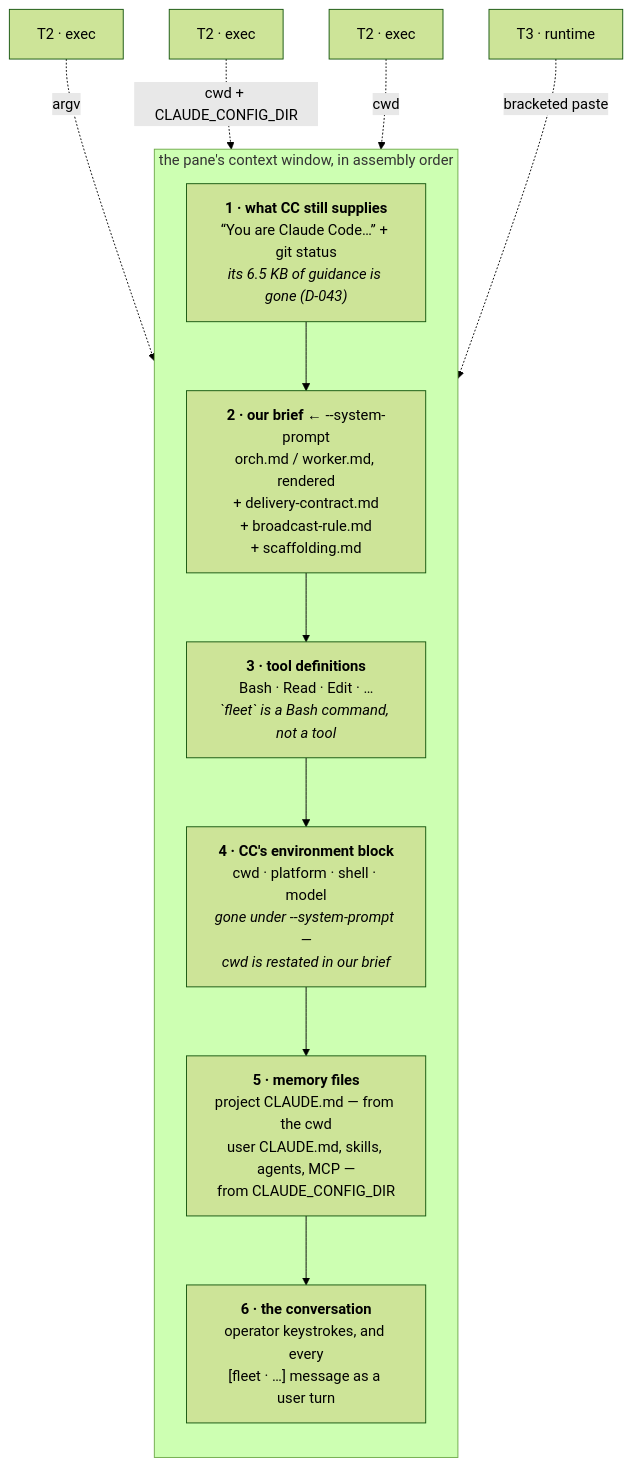
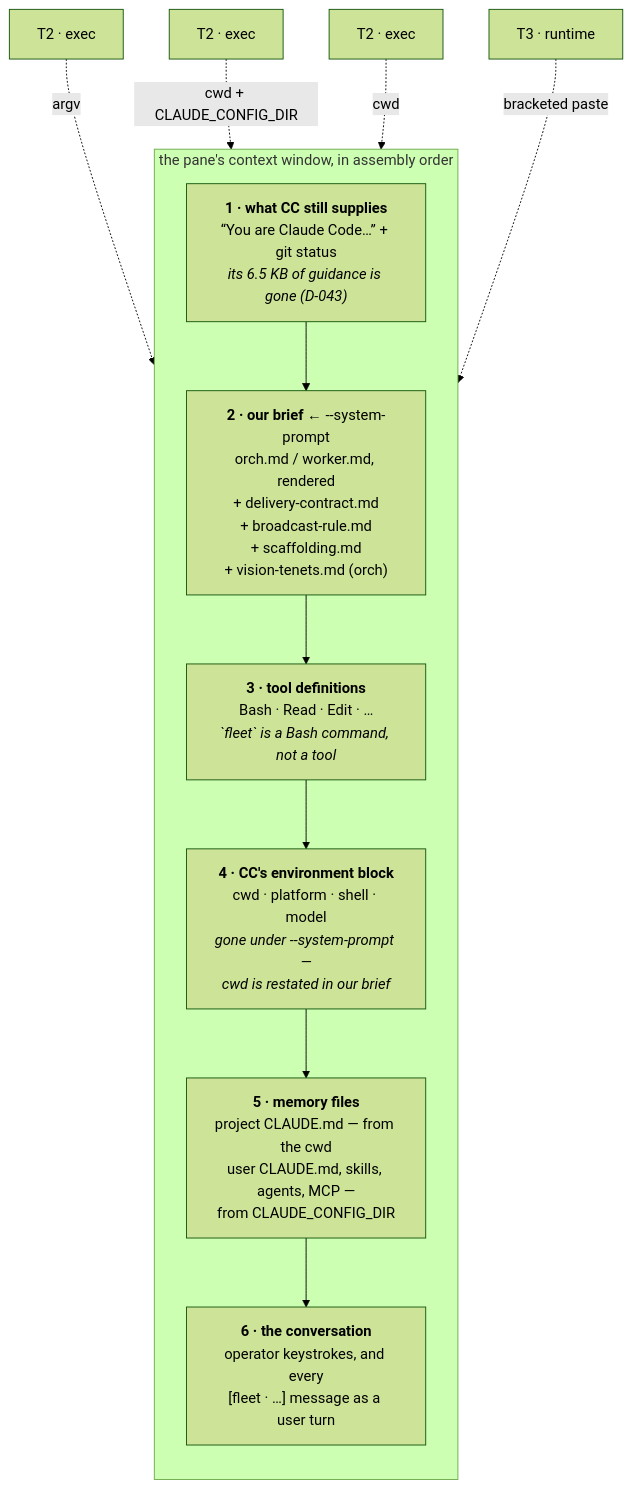
Before and after one commit to rubikron/fleetor: the second of 3 diagrams in docs/context-injection-flow.md, drawn with Mermaid (forest theme). The commit also changed other lines of this file and 9 other files, not shown here.

First line of the commit message:
feat(prompts): orch opens as a vision partner, workers get a culture

````diff
--- a/docs/context-injection-flow.md
+++ b/docs/context-injection-flow.md
@@ -58,17 +58,17 @@
 ```mermaid
 graph TB
     subgraph win["the pane's context window, in assembly order"]
         direction TB
         S1["<b>1 · what CC still supplies</b><br/>“You are Claude Code…” + git status<br/><i>its 6.5 KB of guidance is gone (D-043)</i>"]
-        S2["<b>2 · our brief</b> ← --system-prompt<br/>orch.md / worker.md, rendered<br/>+ delivery-contract.md<br/>+ broadcast-rule.md<br/>+ scaffolding.md"]
+        S2["<b>2 · our brief</b> ← --system-prompt<br/>orch.md / worker.md, rendered<br/>+ delivery-contract.md<br/>+ broadcast-rule.md<br/>+ scaffolding.md<br/>+ vision-tenets.md (orch)"]
         S3["<b>3 · tool definitions</b><br/>Bash · Read · Edit · …<br/><i>`fleet` is a Bash command, not a tool</i>"]
         S4["<b>4 · CC's environment block</b><br/>cwd · platform · shell · model<br/><i>gone under --system-prompt —<br/>cwd is restated in our brief</i>"]
         S5["<b>5 · memory files</b><br/>project CLAUDE.md — from the cwd<br/>user CLAUDE.md, skills, agents, MCP —<br/>from CLAUDE_CONFIG_DIR"]
         S6["<b>6 · the conversation</b><br/>operator keystrokes, and every<br/>[fleet · …] message as a user turn"]
         S1 --> S2 --> S3 --> S4 --> S5 --> S6
     end
     T2A["T2 · exec"] -.->|"argv"| S2
     T2B["T2 · exec"] -.->|"cwd + CLAUDE_CONFIG_DIR"| S5
     T2C["T2 · exec"] -.->|"cwd"| S2
     T3["T3 · runtime"] -.->|"bracketed paste"| S6
 ```
````
